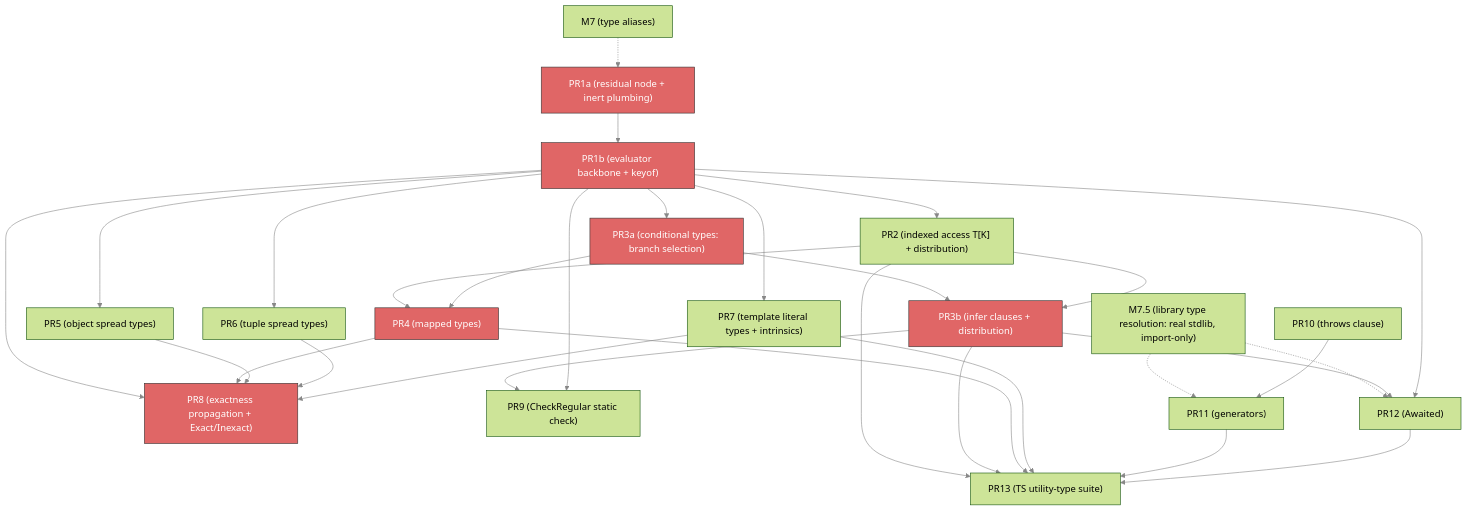
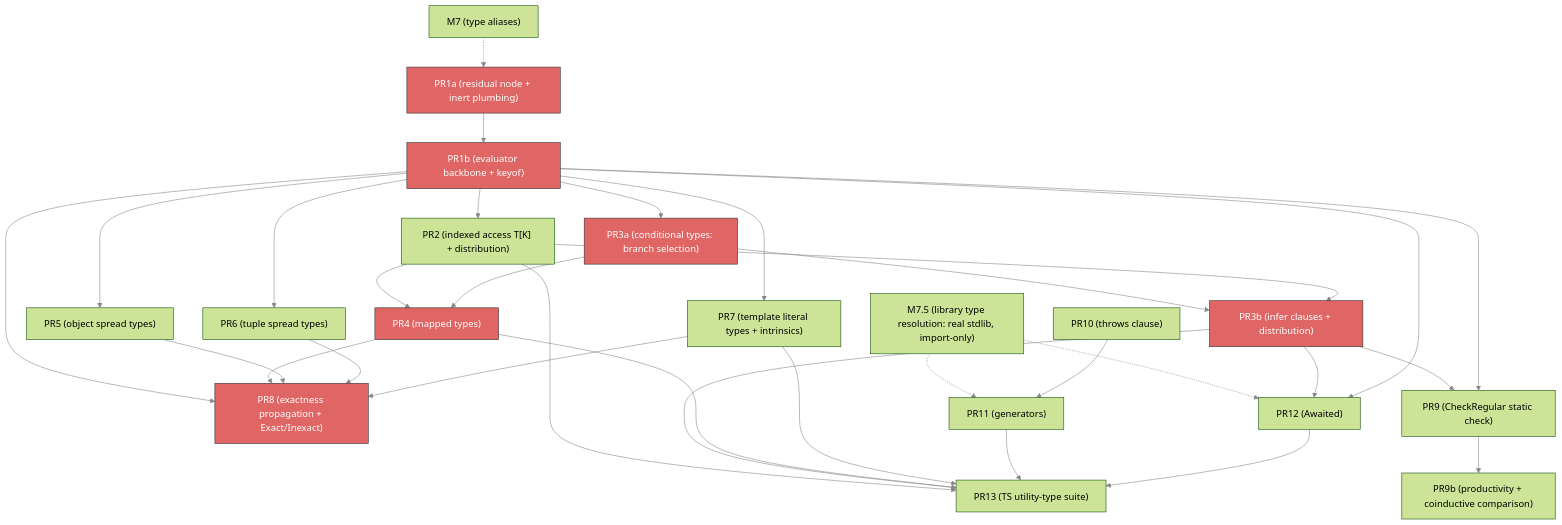
Before and after one commit to escalier-lang/escalier: the diagram in planning/simple_sub/m9-implementation-plan.md, drawn with Mermaid (forest theme). The commit also changed other lines of this file, not shown here.

First line of the commit message:
Plan PR9b: productivity check + coinductive comparison

````diff
--- a/planning/simple_sub/m9-implementation-plan.md
+++ b/planning/simple_sub/m9-implementation-plan.md
@@ -576,59 +655,61 @@
 ```mermaid
 graph TD
     M7["M7 (type aliases)"]
     M75["M7.5 (library type resolution: real stdlib, import-only)"]
     PR1a["PR1a (residual node + inert plumbing)"]
     PR1b["PR1b (evaluator backbone + keyof)"]
     PR2["PR2 (indexed access T[K] + distribution)"]
     PR3a["PR3a (conditional types: branch selection)"]
     PR3b["PR3b (infer clauses + distribution)"]
     PR4["PR4 (mapped types)"]
     PR5["PR5 (object spread types)"]
     PR6["PR6 (tuple spread types)"]
     PR7["PR7 (template literal types + intrinsics)"]
     PR8["PR8 (exactness propagation + Exact/Inexact)"]
     PR9["PR9 (CheckRegular static check)"]
+    PR9b["PR9b (productivity + coinductive comparison)"]
     PR10["PR10 (throws clause)"]
     PR11["PR11 (generators)"]
     PR12["PR12 (Awaited<T>)"]
     PR13["PR13 (TS utility-type suite)"]
 
     M7 -.-> PR1a
     M75 -.-> PR11
     M75 -.-> PR12
 
     PR1a --> PR1b
     PR1b --> PR2
     PR1b --> PR3a
     PR1b --> PR5
     PR1b --> PR6
     PR1b --> PR7
     PR1b --> PR8
     PR3a --> PR3b
     PR2 --> PR3b
     PR2 --> PR4
     PR2 --> PR13
     PR3a --> PR4
     PR3b --> PR9
     PR1b --> PR9
+    PR9 --> PR9b
     PR3b --> PR12
     PR1b --> PR12
     PR3b --> PR13
     PR4 --> PR8
     PR4 --> PR13
     PR5 --> PR8
     PR6 --> PR8
     PR7 --> PR8
     PR7 --> PR13
     PR10 --> PR11
     PR11 --> PR13
     PR12 --> PR13
 
     linkStyle default stroke:#888
     style PR1a fill:#e06666,stroke:#333,color:#fff
     style PR1b fill:#e06666,stroke:#333,color:#fff
     style PR3a fill:#e06666,stroke:#333,color:#fff
     style PR3b fill:#e06666,stroke:#333,color:#fff
     style PR4 fill:#e06666,stroke:#333,color:#fff
     style PR8 fill:#e06666,stroke:#333,color:#fff
 ```
````
